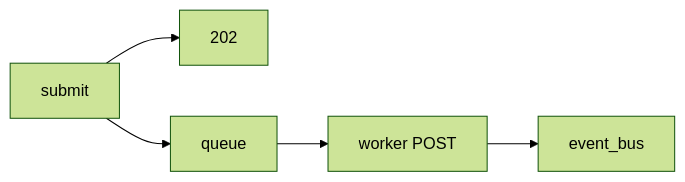
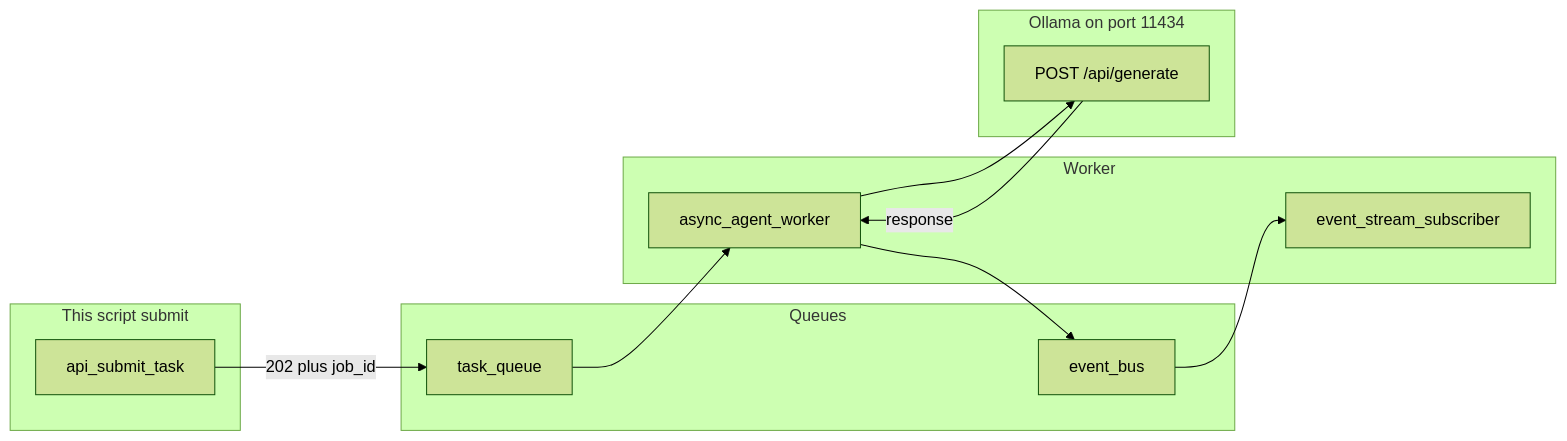
Before and after one commit to jacobbweber/AgenticAI-Labs: the diagram in education/06_the_workflow/lab3_async_event_queue.md, drawn with Mermaid (forest theme). The commit also changed other lines of this file, not shown here.

Commit message:
Rewrite 06 lab3 async event queue brief to the lab template

````diff
--- a/education/06_the_workflow/lab3_async_event_queue.md
+++ b/education/06_the_workflow/lab3_async_event_queue.md
@@ -27,7 +17,23 @@
 ```mermaid
 flowchart LR
-    A["submit"] --> B["202"]
-    A --> C["queue"]
-    C --> D["worker POST"]
-    D --> E["event_bus"]
+    subgraph lab3_event_submit [This script submit]
+        API["api_submit_task"]
+    end
+    subgraph lab3_event_q [Queues]
+        TQ["task_queue"]
+        EB["event_bus"]
+    end
+    subgraph lab3_event_work [Worker]
+        W["async_agent_worker"]
+        SUB["event_stream_subscriber"]
+    end
+    subgraph lab3_event_host [Ollama on port 11434]
+        GEN["POST /api/generate"]
+    end
+    API -->|"202 plus job_id"| TQ
+    TQ --> W
+    W --> GEN
+    GEN -->|"response"| W
+    W --> EB
+    EB --> SUB
 ```
````
